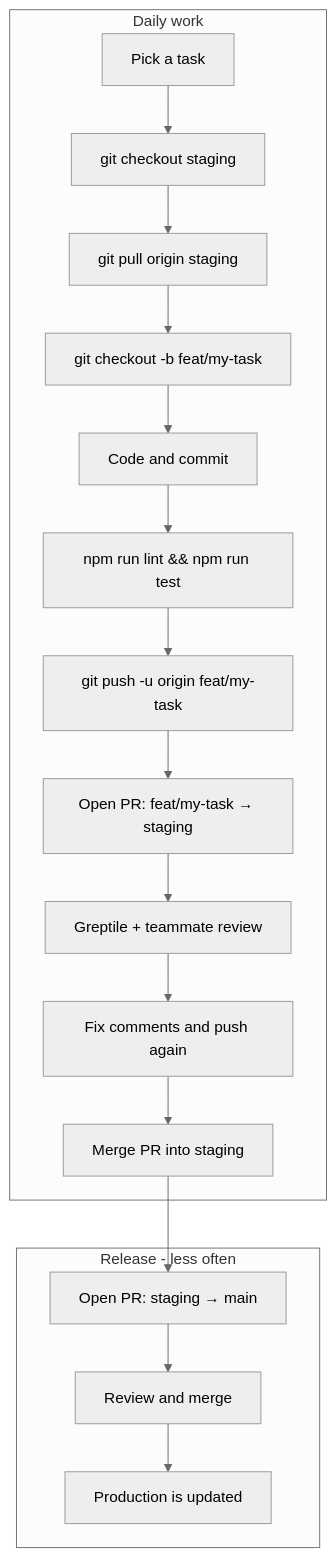
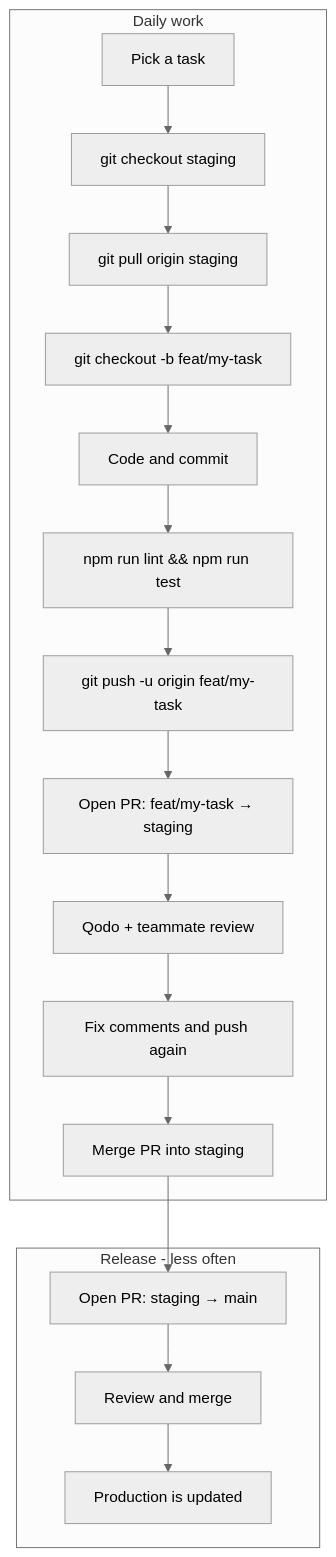
One commit to vanishklift/webapp-starter-template changed the diagram in docs/git-workflow-beginner.md. Above: the diagram before and after it, drawn with Mermaid (neutral theme). The commit also changed other lines of this file and 36 other files, not shown here.

````diff
--- a/docs/git-workflow-beginner.md
+++ b/docs/git-workflow-beginner.md
@@ -11,21 +11,21 @@
 ```mermaid
 flowchart TD
   subgraph dailyWork [Daily work]
     A[Pick a task] --> B["git checkout staging"]
     B --> C["git pull origin staging"]
     C --> D["git checkout -b feat/my-task"]
     D --> E[Code and commit]
     E --> F["npm run lint && npm run test"]
     F --> G["git push -u origin feat/my-task"]
     G --> H["Open PR: feat/my-task → staging"]
-    H --> I[Greptile + teammate review]
+    H --> I[Qodo + teammate review]
     I --> J[Fix comments and push again]
     J --> K[Merge PR into staging]
   end
 
   subgraph release [Release - less often]
     K --> L["Open PR: staging → main"]
     L --> M[Review and merge]
     M --> N[Production is updated]
   end
 ```
````
